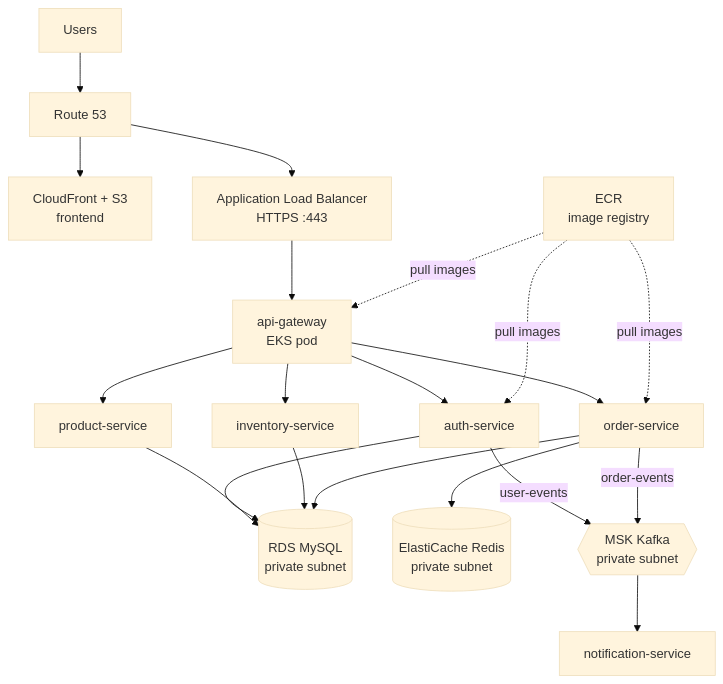
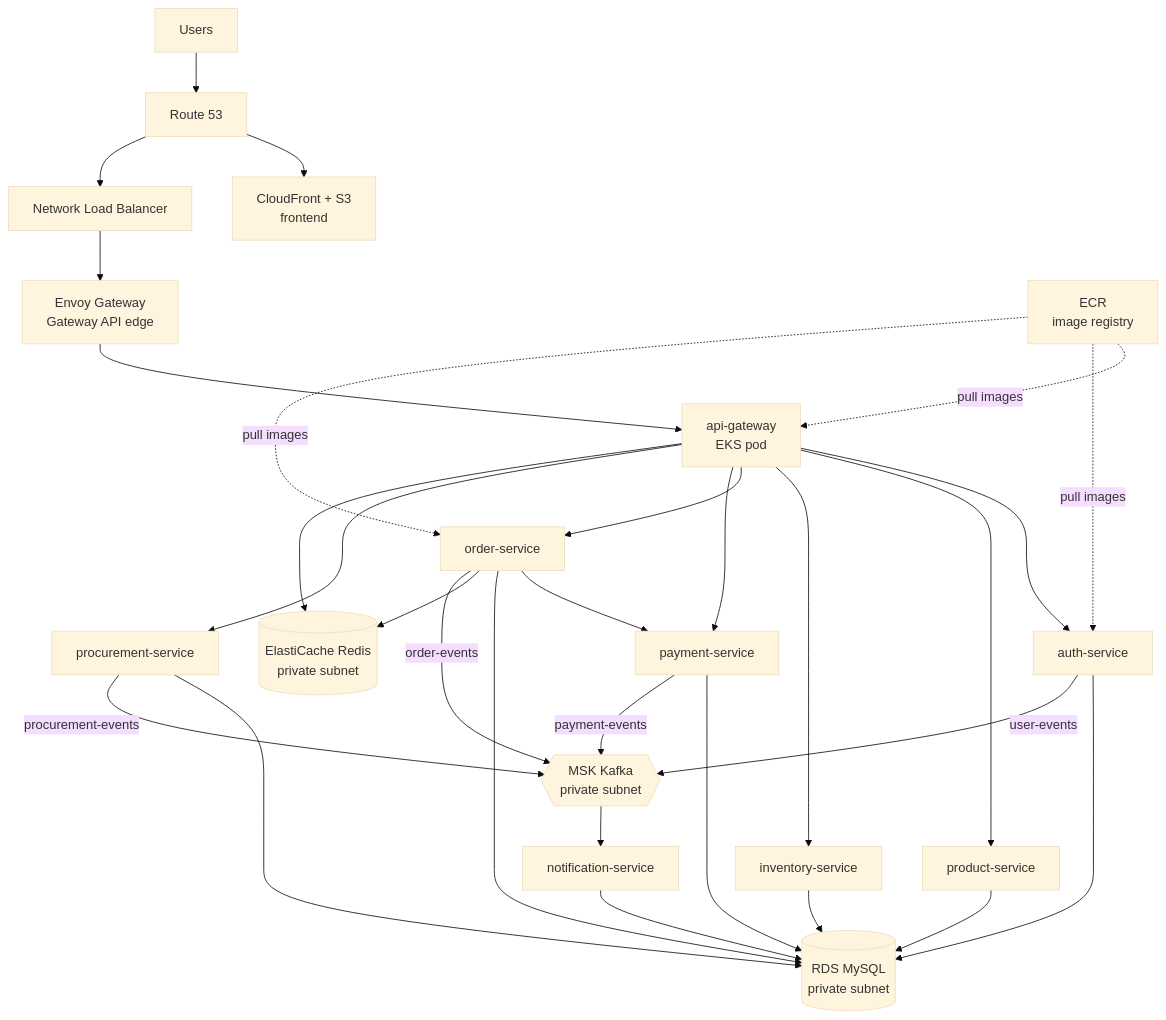
The diagram in k8s/AWS_DEPLOYMENT_NOTES.md (bishalw/Mobi), drawn with Mermaid (base theme) before and after one commit. The commit also changed other lines of this file and 42 other files, not shown here.

First line of the commit message:
feat(deploy): Envoy Gateway edge, MySQL 8.4, Jaeger and Mailpit in-cluster

````diff
--- a/k8s/AWS_DEPLOYMENT_NOTES.md
+++ b/k8s/AWS_DEPLOYMENT_NOTES.md
@@ -7,40 +7,53 @@
 ```mermaid
 graph TD
     Users["Users"]
     R53["Route 53"]
     CF["CloudFront + S3\nfrontend"]
-    ALB["Application Load Balancer\nHTTPS :443"]
+    NLB["Network Load Balancer"]
+    Envoy["Envoy Gateway\nGateway API edge"]
     GW["api-gateway\nEKS pod"]
     Auth["auth-service"]
     Product["product-service"]
     Inventory["inventory-service"]
     Order["order-service"]
+    Payment["payment-service"]
+    Procurement["procurement-service"]
     Notification["notification-service"]
     RDS[("RDS MySQL\nprivate subnet")]
     Redis[("ElastiCache Redis\nprivate subnet")]
     MSK{{"MSK Kafka\nprivate subnet"}}
     ECR["ECR\nimage registry"]
 
     Users --> R53
     R53 --> CF
-    R53 --> ALB
-    ALB --> GW
+    R53 --> NLB
+    NLB --> Envoy
+    Envoy --> GW
     GW --> Auth
     GW --> Product
     GW --> Inventory
     GW --> Order
+    GW --> Payment
+    GW --> Procurement
+    Order --> Payment
 
     Auth --> RDS
     Product --> RDS
     Inventory --> RDS
     Order --> RDS
     Order --> Redis
+    Payment --> RDS
+    Procurement --> RDS
+    Notification --> RDS
+    GW --> Redis
 
     Auth -->|user-events| MSK
     Order -->|order-events| MSK
+    Payment -->|payment-events| MSK
+    Procurement -->|procurement-events| MSK
     MSK --> Notification
 
     ECR -.->|pull images| GW
     ECR -.->|pull images| Auth
     ECR -.->|pull images| Order
 ```
````
